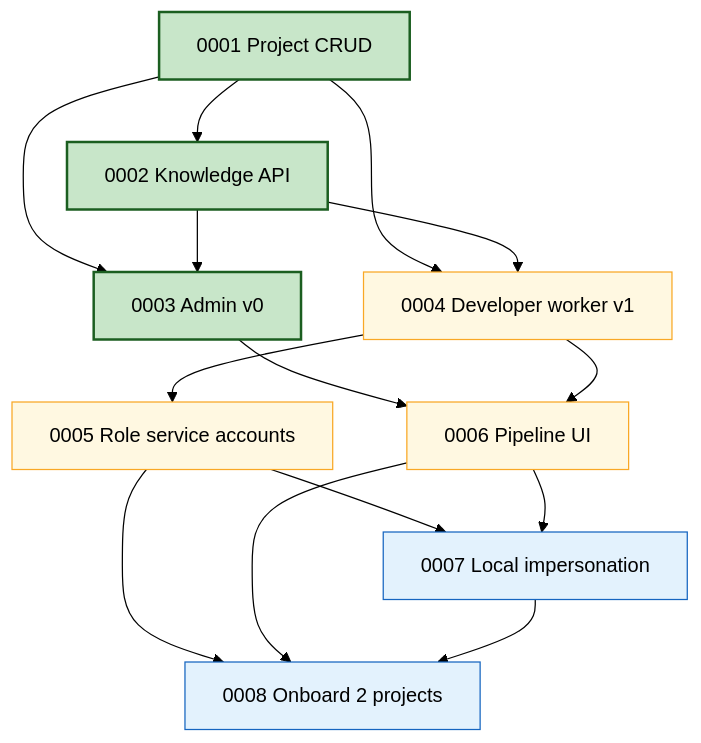
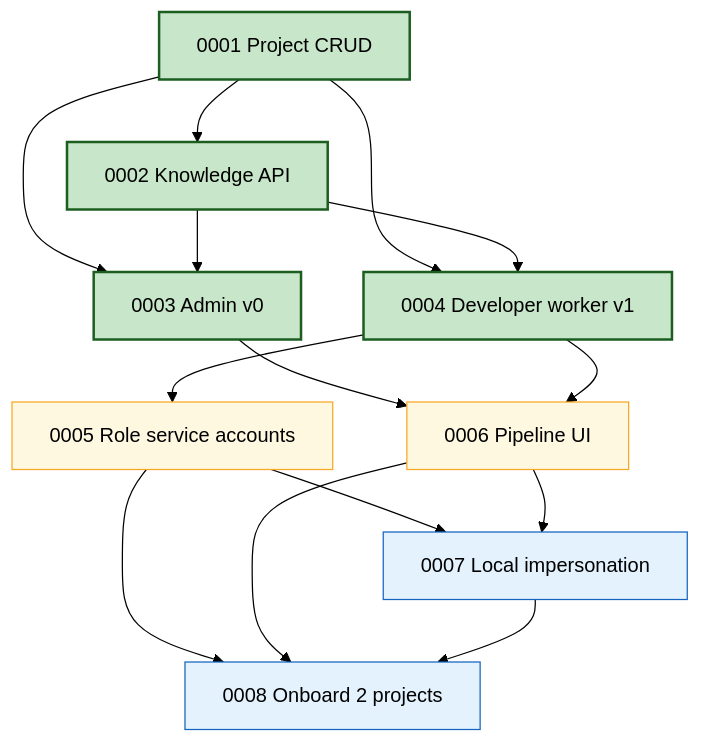
One commit to coder-devx/coder-system changed the diagram in system/product-specs/ROADMAP.md. Above: the diagram before and after it, drawn with Mermaid (forest theme). The commit also changed other lines of this file and 3 other files, not shown here.

````diff
--- a/system/product-specs/ROADMAP.md
+++ b/system/product-specs/ROADMAP.md
@@ -152,33 +154,33 @@
 ```mermaid
 flowchart TB
   s1["0001 Project CRUD"]
   s2["0002 Knowledge API"]
   s3["0003 Admin v0"]
   s4["0004 Developer worker v1"]
   s5["0005 Role service accounts"]
   s6["0006 Pipeline UI"]
   s7["0007 Local impersonation"]
   s8["0008 Onboard 2 projects"]
 
   s1 --> s2
   s1 --> s3
   s1 --> s4
   s2 --> s3
   s2 --> s4
   s3 --> s6
   s4 --> s5
   s4 --> s6
   s5 --> s7
   s6 --> s7
   s5 --> s8
   s6 --> s8
   s7 --> s8
 
   classDef shipped fill:#c8e6c9,stroke:#1b5e20,stroke-width:2px
   classDef now fill:#e8f5e9,stroke:#2e7d32
   classDef next fill:#fff8e1,stroke:#f9a825
   classDef later fill:#e3f2fd,stroke:#1565c0
-  class s1,s2,s3 shipped
-  class s4,s5,s6 next
+  class s1,s2,s3,s4 shipped
+  class s5,s6 next
   class s7,s8 later
 ```
````
